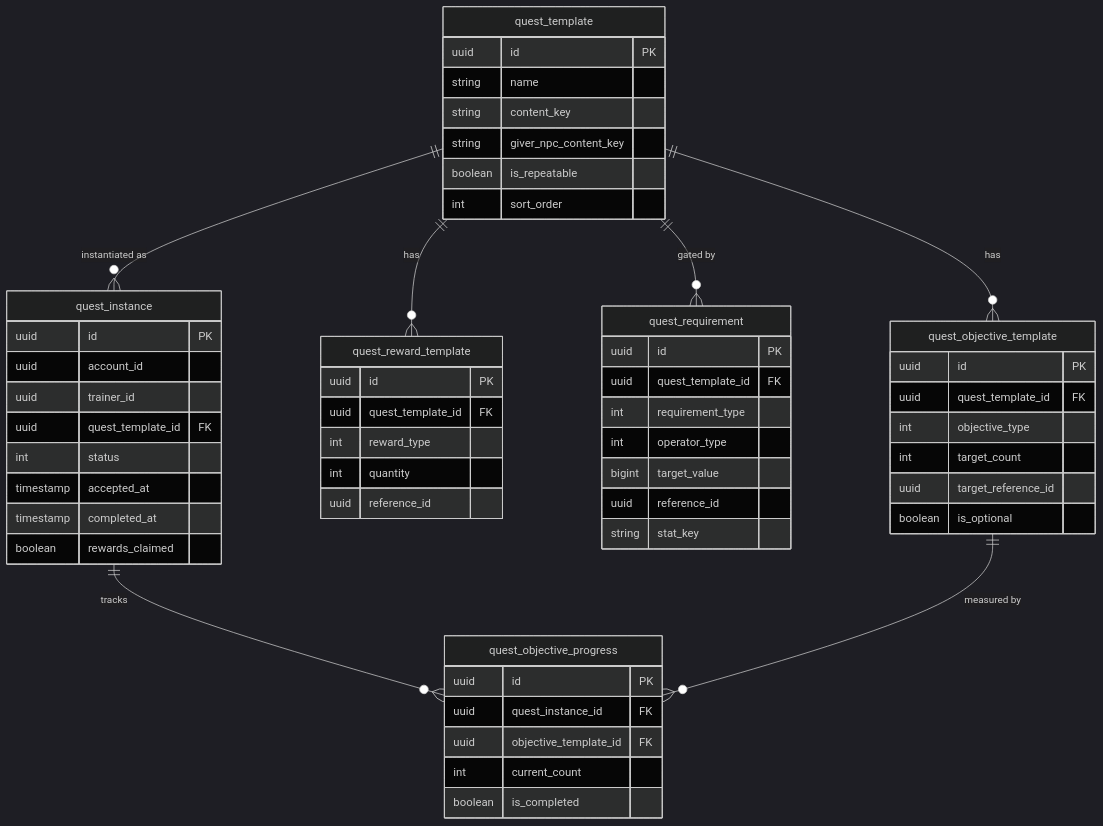
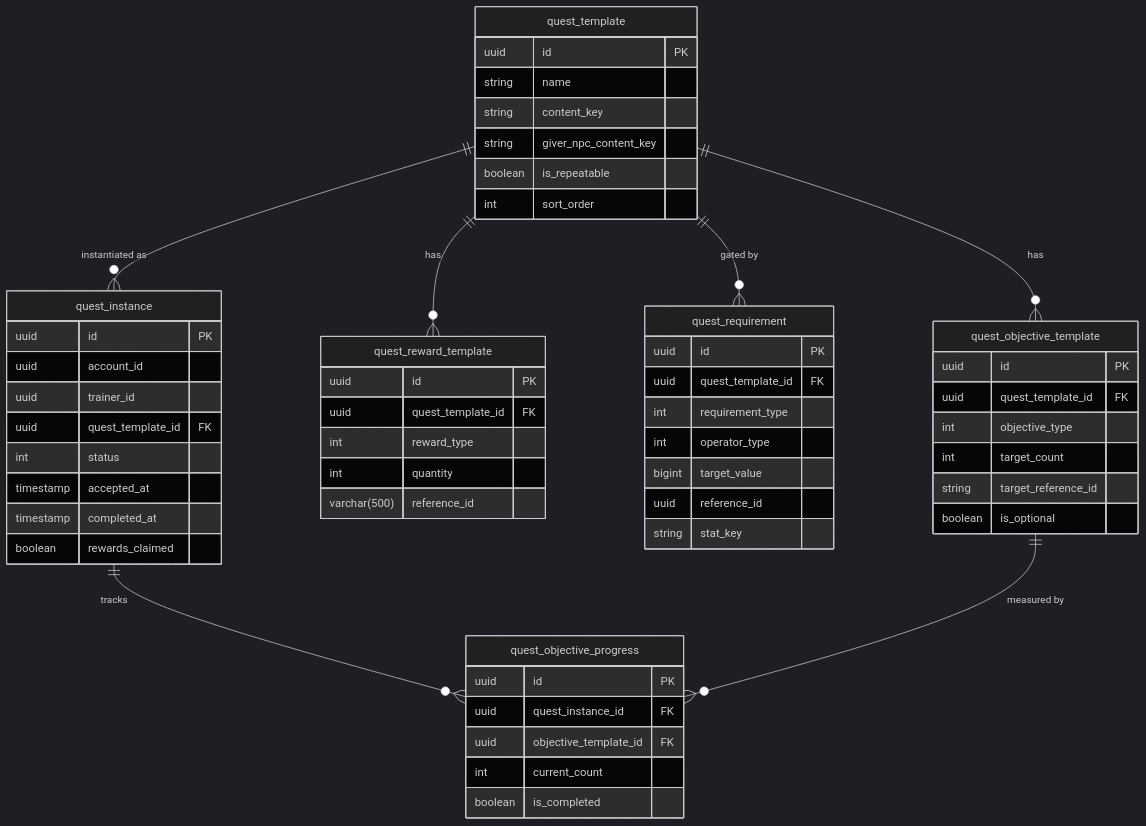
Before and after one commit to CrystallineRift/cr-docs: the diagram in docs/backend/07-quest-system.md, drawn with Mermaid (dark theme). The commit also changed other lines of this file and 18 other files, not shown here.

````diff
--- a/docs/backend/07-quest-system.md
+++ b/docs/backend/07-quest-system.md
@@ -29,59 +29,59 @@
 ```mermaid
 erDiagram
     quest_template {
         uuid id PK
         string name
         string content_key
         string giver_npc_content_key
         boolean is_repeatable
         int sort_order
     }
     quest_objective_template {
         uuid id PK
         uuid quest_template_id FK
         int objective_type
         int target_count
-        uuid target_reference_id
+        string target_reference_id
         boolean is_optional
     }
     quest_reward_template {
         uuid id PK
         uuid quest_template_id FK
         int reward_type
         int quantity
-        uuid reference_id
+        varchar(500) reference_id
     }
     quest_requirement {
         uuid id PK
         uuid quest_template_id FK
         int requirement_type
         int operator_type
         bigint target_value
         uuid reference_id
         string stat_key
     }
     quest_instance {
         uuid id PK
         uuid account_id
         uuid trainer_id
         uuid quest_template_id FK
         int status
         timestamp accepted_at
         timestamp completed_at
         boolean rewards_claimed
     }
     quest_objective_progress {
         uuid id PK
         uuid quest_instance_id FK
         uuid objective_template_id FK
         int current_count
         boolean is_completed
     }
 
     quest_template ||--o{ quest_objective_template : "has"
     quest_template ||--o{ quest_reward_template : "has"
     quest_template ||--o{ quest_requirement : "gated by"
     quest_template ||--o{ quest_instance : "instantiated as"
     quest_instance ||--o{ quest_objective_progress : "tracks"
     quest_objective_template ||--o{ quest_objective_progress : "measured by"
 ```
````
